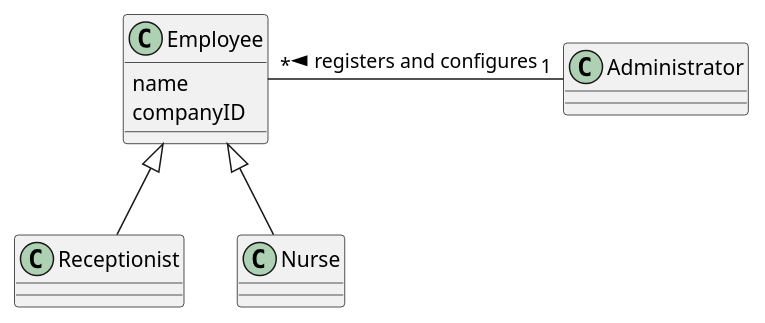
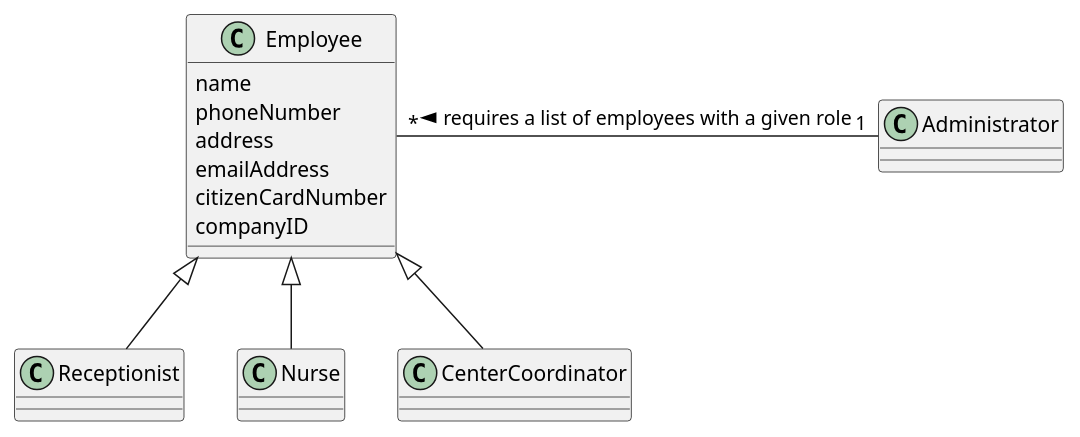
The diagram in docs/SprintB/UserStories/US11/US11_DM.puml (diogonapoles/isep-lapr2), drawn with PlantUML before and after one commit. The commit also changed 6 other files, not shown here.

```diff
--- a/docs/SprintB/UserStories/US11/US11_DM.puml
+++ b/docs/SprintB/UserStories/US11/US11_DM.puml
@@ -1,16 +1,22 @@
 @startuml
 'https://plantuml.com/class-diagram
 
 class Receptionist
 class Administrator
 class Nurse
 class Employee{
 name
+phoneNumber
+address
+emailAddress
+citizenCardNumber
 companyID
 }
 Employee <|-down- Nurse
 Employee <|-down- Receptionist
+Employee <|-down- CenterCoordinator
 
-Administrator "1" -left- "*" Employee : registers and configures >
+
+Administrator "1" -left- "*" Employee : requires a list of employees with a given role >
 
 @enduml
```
